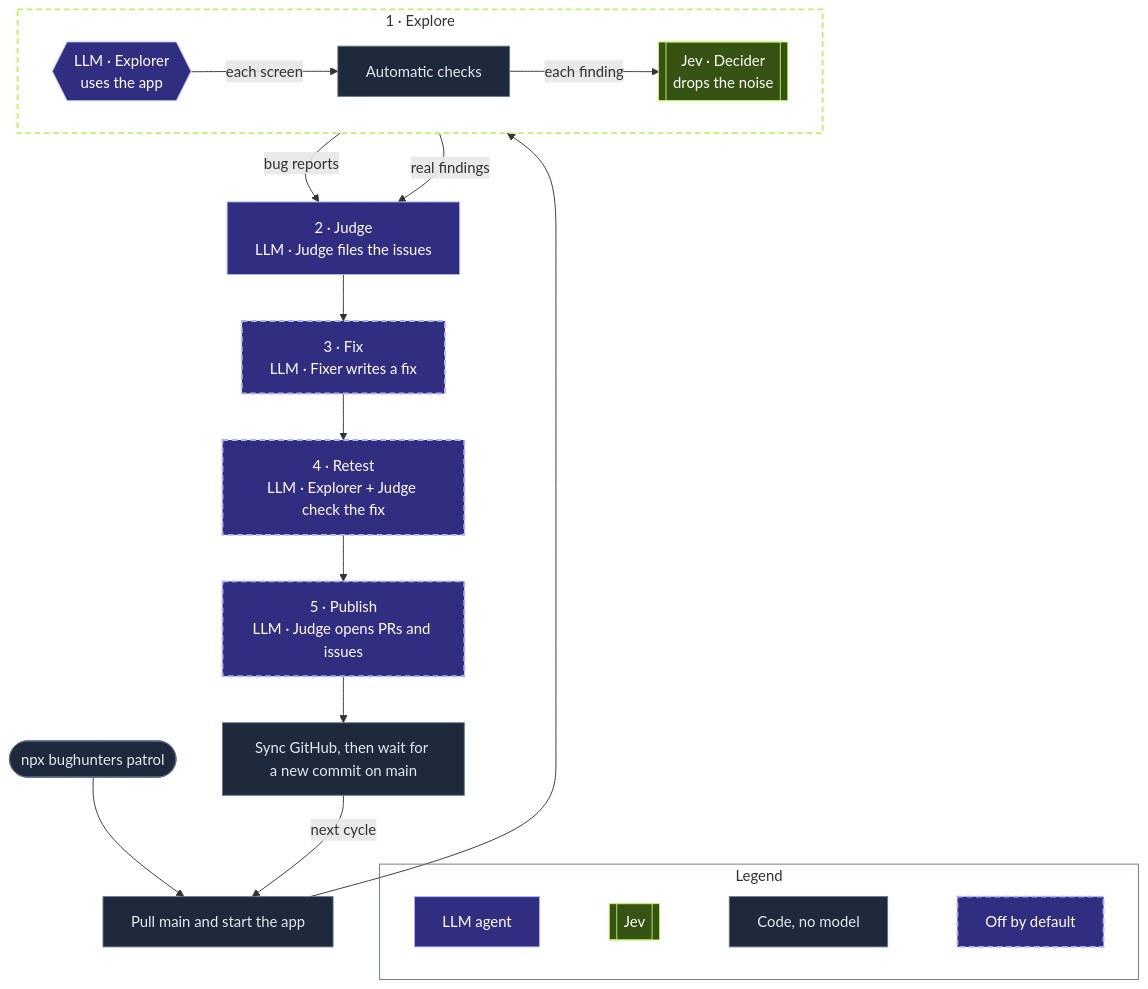
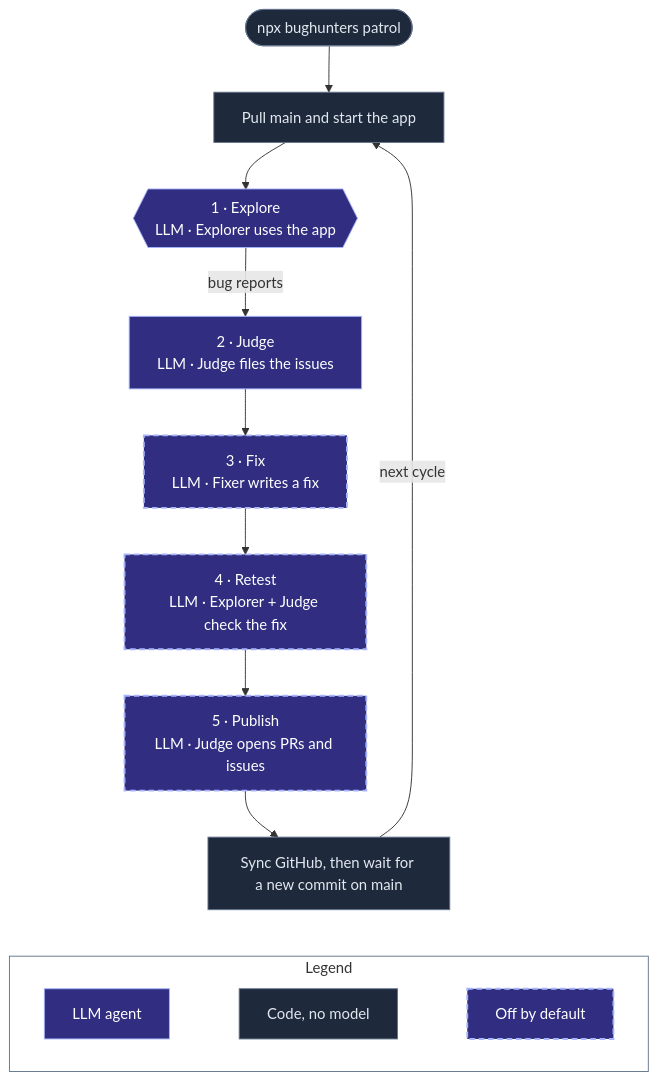
One commit to agent-labs-dev/bughunters changed the diagram in README.md. Above: the diagram before and after it, drawn with Mermaid. The commit also changed other lines of this file and 65 other files, not shown here.

First line of the commit message:
feat: remove Jev; add a CI fixer, opt-in checks, and dashboard docs (#13)

````diff
--- a/README.md
+++ b/README.md
@@ -32,38 +32,27 @@
 ```mermaid
 flowchart TB
   start(["npx bughunters patrol"]) --> pull["Pull main and start the app"]
-  pull --> explorer
-
-  subgraph explore ["1 · Explore"]
-    direction LR
-    explorer{{"LLM · Explorer<br/>uses the app"}} -->|"each screen"| checks["Automatic checks"]
-    checks -->|"each finding"| jev[["Jev · Decider<br/>drops the noise"]]
-  end
-
+  pull --> explorer{{"1 · Explore<br/>LLM · Explorer uses the app"}}
   explorer -->|"bug reports"| judge
-  jev -->|"real findings"| judge
 
   judge["2 · Judge<br/>LLM · Judge files the issues"] --> fixer["3 · Fix<br/>LLM · Fixer writes a fix"]
   fixer --> retest["4 · Retest<br/>LLM · Explorer + Judge check the fix"]
   retest --> publish["5 · Publish<br/>LLM · Judge opens PRs and issues"]
 
   publish --> wait["Sync GitHub, then wait for a new commit on main"]
   wait -->|"next cycle"| pull
 
   subgraph legend ["Legend"]
     direction LR
-    l1["LLM agent"] ~~~ l2[["Jev"]] ~~~ l3["Code, no model"] ~~~ l4["Off by default"]
+    l1["LLM agent"] ~~~ l3["Code, no model"] ~~~ l4["Off by default"]
   end
   wait ~~~ legend
 
   classDef llm fill:#312e81,stroke:#a5b4fc,color:#ffffff
-  classDef jevc fill:#365314,stroke:#bef264,color:#ffffff
   classDef code fill:#1e293b,stroke:#64748b,color:#e2e8f0
   classDef opt fill:#312e81,stroke:#a5b4fc,color:#ffffff,stroke-width:2px,stroke-dasharray:6 4
   class explorer,judge,l1 llm
-  class jev,l2 jevc
-  class start,pull,checks,wait,l3 code
+  class start,pull,wait,l3 code
   class fixer,retest,publish,l4 opt
-  style explore fill:transparent,stroke:#bef264,stroke-width:2px,stroke-dasharray:6 4
   style legend fill:transparent,stroke:#64748b
 ```
````
